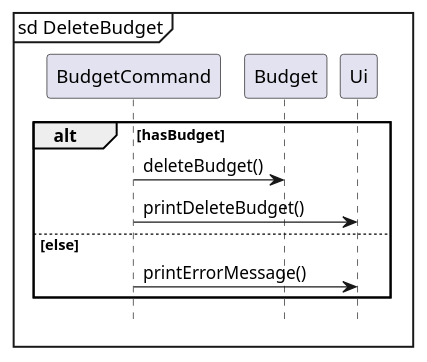
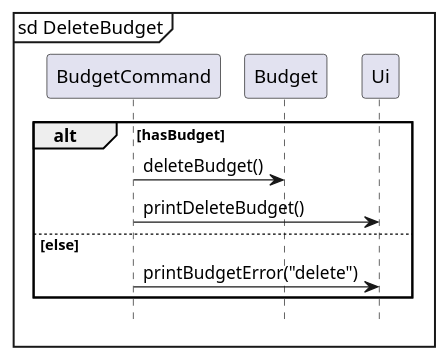
Before and after one commit to nus-cs2113-AY2324S1/tp: the diagram in docs/diagrams/deleteBudget.puml, drawn with PlantUML. The commit also changed 9 other files, not shown here.

Commit message:
Extract method in budget command and update DG

```diff
--- a/docs/diagrams/deleteBudget.puml
+++ b/docs/diagrams/deleteBudget.puml
@@ -1,16 +1,16 @@
 @startuml
 
 mainframe sd DeleteBudget
 participant BudgetCommand
 participant Budget
 participant Ui
 
 alt hasBudget
     BudgetCommand -> Budget: deleteBudget()
     BudgetCommand -> Ui: printDeleteBudget()
 else else
-    BudgetCommand -> Ui: printErrorMessage()
+    BudgetCommand -> Ui: printBudgetError("delete")
 end
 
 hide footbox
 @enduml
```
